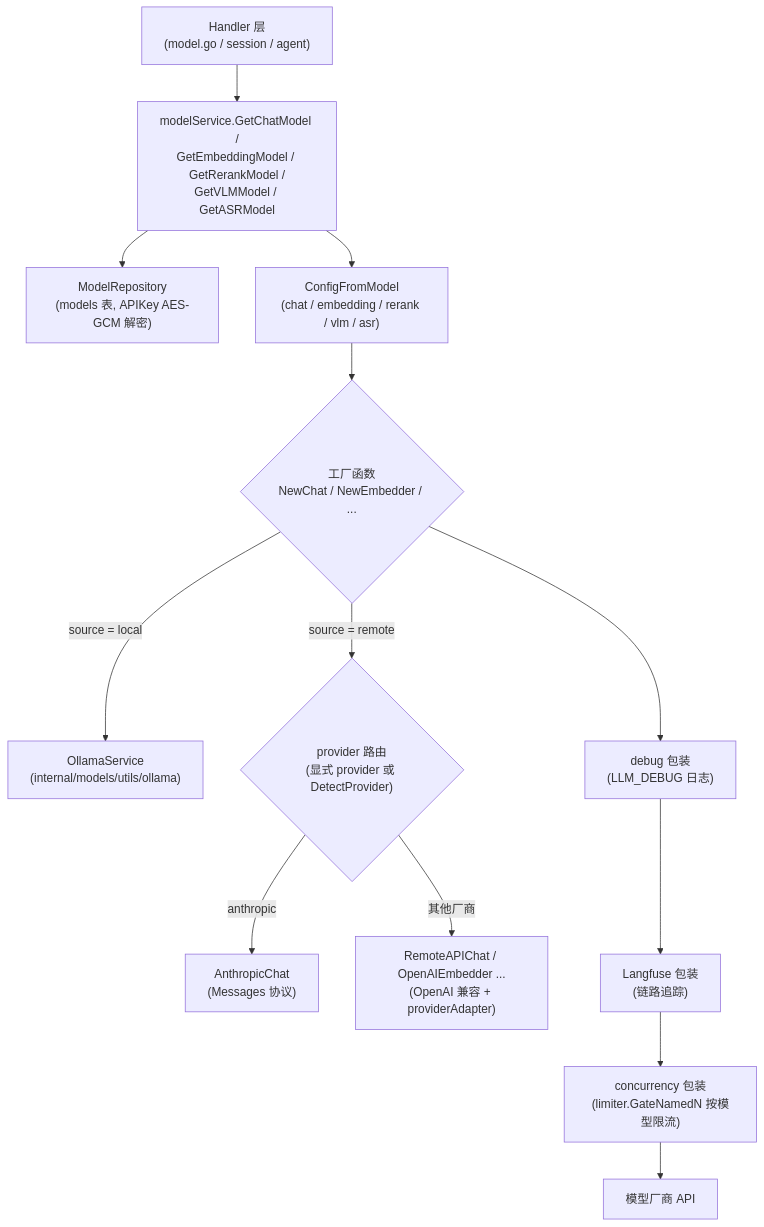
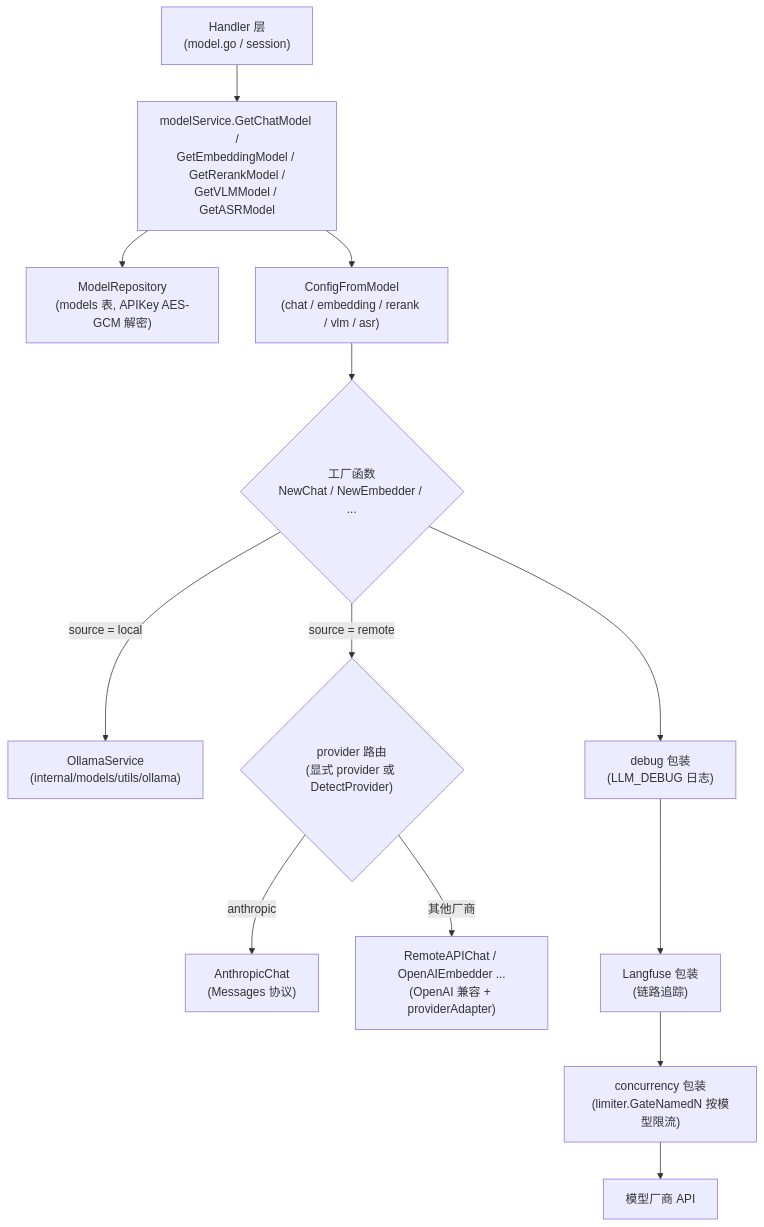
One commit to magicyuan876/Yuheng changed the diagram in website-docs/03-features/06-models.md. Above: the diagram before and after it, drawn with Mermaid. The commit also changed other lines of this file and 994 other files, not shown here.

````diff
--- a/website-docs/03-features/06-models.md
+++ b/website-docs/03-features/06-models.md
@@ -122,15 +122,15 @@
 ```mermaid
 flowchart TD
-    H["Handler 层<br/>(model.go / session / agent)"] --> S["modelService.GetChatModel /<br/>GetEmbeddingModel / GetRerankModel /<br/>GetVLMModel / GetASRModel"]
+    H["Handler 层<br/>(model.go / session)"] --> S["modelService.GetChatModel /<br/>GetEmbeddingModel / GetRerankModel /<br/>GetVLMModel / GetASRModel"]
     S --> R["ModelRepository<br/>(models 表, APIKey AES-GCM 解密)"]
     S --> CF["ConfigFromModel<br/>(chat / embedding / rerank / vlm / asr)"]
     CF --> F{"工厂函数<br/>NewChat / NewEmbedder / ..."}
     F -->|"source = local"| OL["OllamaService<br/>(internal/models/utils/ollama)"]
     F -->|"source = remote"| PD{"provider 路由<br/>(显式 provider 或 DetectProvider)"}
     PD -->|"anthropic"| AN["AnthropicChat<br/>(Messages 协议)"]
     PD -->|"其他厂商"| OA["RemoteAPIChat / OpenAIEmbedder ...<br/>(OpenAI 兼容 + providerAdapter)"]
     F --> W1["debug 包装<br/>(LLM_DEBUG 日志)"]
     W1 --> W2["Langfuse 包装<br/>(链路追踪)"]
     W2 --> W3["concurrency 包装<br/>(limiter.GateNamedN 按模型限流)"]
     W3 --> P["模型厂商 API"]
 ```
````
